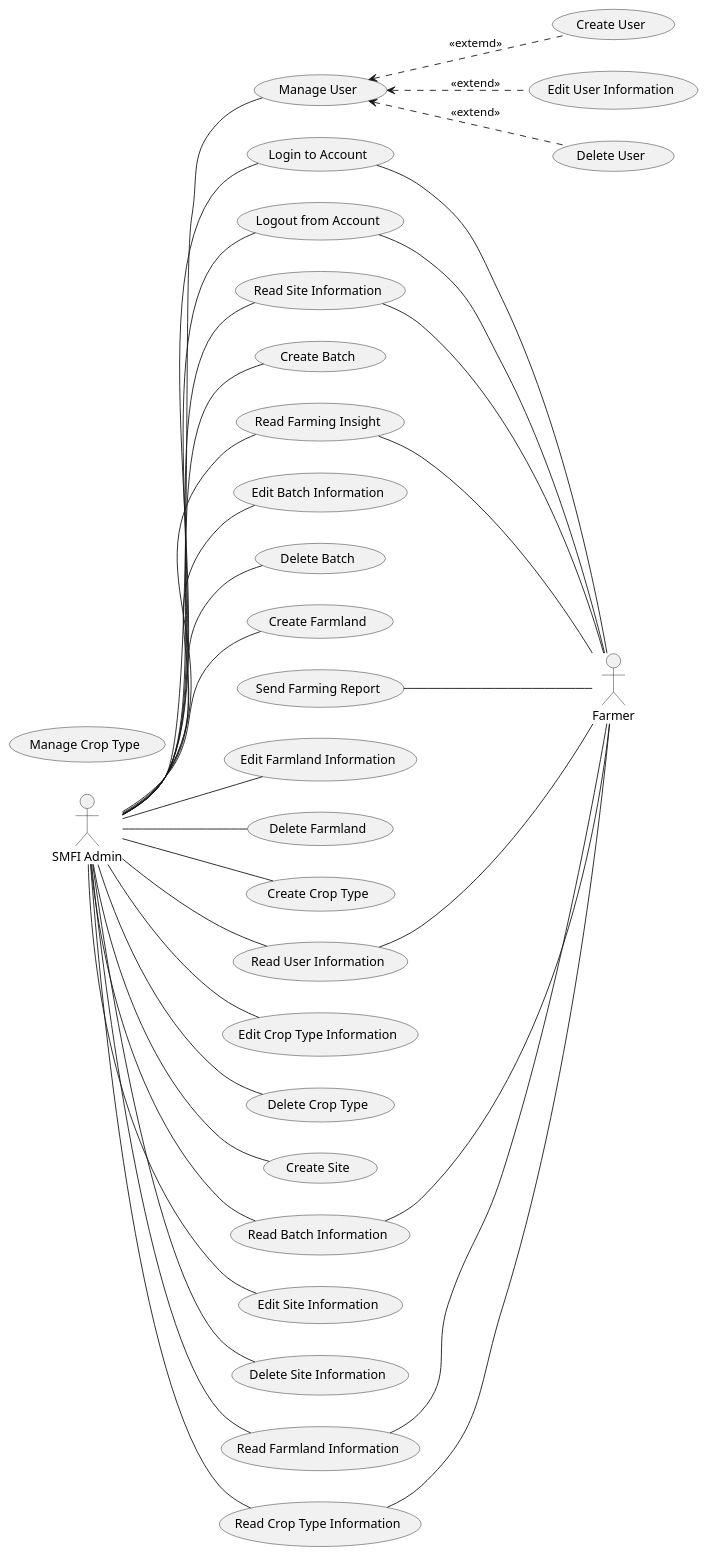
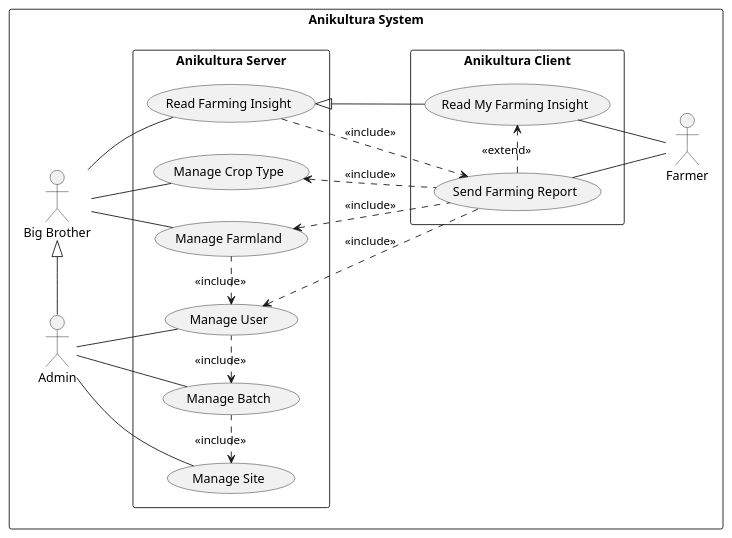
The diagram in plantuml/proposed/usecase.wsd (radical-doubting/anikultura-diagrams), drawn with PlantUML before and after one commit. The commit also changed 3 other files, not shown here.

```diff
--- a/plantuml/proposed/usecase.wsd
+++ b/plantuml/proposed/usecase.wsd
@@ -1,104 +1,65 @@
 @startuml
 
 left to right direction
 
-actor "SMFI Admin" as admin
-actor "Farmer" as farmer
+rectangle "Anikultura System" {
+    actor "Big Brother" as bigbro
+    actor "Admin" as admin
+    actor "Farmer" as farmer
+
+    rectangle "Anikultura Server" {
+        usecase "Manage User" as AD1
+        usecase "Manage Batch" as AD2
+        usecase "Manage Farmland" as AD3
+        usecase "Manage Crop Type" as AD4
+        usecase "Manage Site" as AD5
+        usecase "Read Farming Insight" as FD3
+        ' usecase "Authenticate" as C1.1
+    }
+
+    rectangle "Anikultura Client" {
+        usecase "Send Farming Report" as FD1
+        usecase "Read My Farming Insight" as FD2
+    }
+}
+
+' Admin Usecases
+
+admin -- AD1
+admin -- AD2
+bigbro -- AD3
+bigbro -- AD4
+admin -- AD5
+
+admin -|> bigbro
+
+' AD1 ..> C1.1 : <<include>>
+' AD2 ..> C1.1 : <<include>>
+' AD3 ..> C1.1 : <<include>>
+' AD4 ..> C1.1 : <<include>>
+' AD5 ..> C1.1 : <<include>>
 
 
-usecase "Login to Account" as C1.1
-usecase "Logout from Account" as C1.2
+' Usecase Dependencies
 
-usecase "Manage User" as AD1
-usecase "Create User" as AD1.1
-usecase "Read User Information" as AD1.2
-usecase "Edit User Information" as AD1.3
-usecase "Delete User" as AD1.4
+AD5 <. AD2 : <<include>>
+AD2 <. AD1 : <<include>>
+AD1 <. AD3 : <<include>>
 
-usecase "Create Batch" as AD2.1
-usecase "Read Batch Information" as AD2.2
-usecase "Edit Batch Information" as AD2.3
-usecase "Delete Batch" as AD2.4
+' Farming Report to Manage Dependencies
+AD1 <.. FD1 : <<include>>
+AD3 <.. FD1 : <<include>>
+AD4 <.. FD1 : <<include>>
 
-usecase "Create Farmland" as AD3.1
-usecase "Read Farmland Information" as AD3.2
-usecase "Edit Farmland Information" as AD3.3
-usecase "Delete Farmland" as AD3.4
+' Farming Insight
+bigbro -- FD3
+FD3 <|-- FD2
+FD3 ..> FD1 : <<include>>
 
-usecase "Manage Crop Type" as AD4
-usecase "Create Crop Type" as AD4.1
-usecase "Read Crop Type Information" as AD4.2
-usecase "Edit Crop Type Information" as AD4.3
-usecase "Delete Crop Type" as AD4.4
-
-usecase "Create Site" as AD5.1
-usecase "Read Site Information" as AD5.2
-usecase "Edit Site Information" as AD5.3
-usecase "Delete Site Information" as AD5.4
-
-usecase "Send Farming Report" as FD1
-usecase "Read Farming Insight" as FD2
-
-' Admin Usecases
-admin -- AD1
-admin -- AD1.2
-
-AD1 <.. AD1.1 : <<extemd>>
-AD1 <.. AD1.3 : <<extend>>
-AD1 <.. AD1.4 : <<extend>>
-
-' AD1.1 <.. AD1.1.1 : <<extend>>
-' AD1.1 <.. AD1.1.2 : <<extend>>
-
-admin -- AD2.1
-admin -- AD2.2
-admin -- AD2.3
-admin -- AD2.4
-
-' AD2.1 <.. AD2.1.1 : <<extend>>
-
-admin -- AD3.1
-admin -- AD3.2
-admin -- AD3.3
-admin -- AD3.4
-
-' AD3.1 <.. AD3.1.1 : <<extend>>
-' AD3.1 <.. AD3.1.2 : <<extend>>
-
-admin -- AD4.1
-admin -- AD4.2
-
-admin -- AD4.3
-admin -- AD4.4
-
-admin -- AD5.1
-admin -- AD5.2
-
-admin -- AD5.3
-admin -- AD5.4
-
-admin -- C1.1
-admin -- C1.2
-admin -- FD2
-
-' Farmer Usecases
-
-C1.1 -- farmer
-C1.2 -- farmer
-AD1.2 -- farmer
-AD2.2 -- farmer
-AD3.2 -- farmer
-AD4.2 -- farmer
-AD5.2 -- farmer
+FD1 -- farmer
 FD2 -- farmer
 
-FD1 -- farmer
-
-' FD1 ..> FD2 : <<extend>>
-' FD2 ..> FD2.1 : <<include>>
-' FD2 ..> FD2.2 : <<include>>
-' FD2 ..> FD2.3 : <<include>>
-' FD2 ..> FD2.4 : <<include>>
+FD1 .> FD2 : <<extend>>
 
 
 @enduml
```
